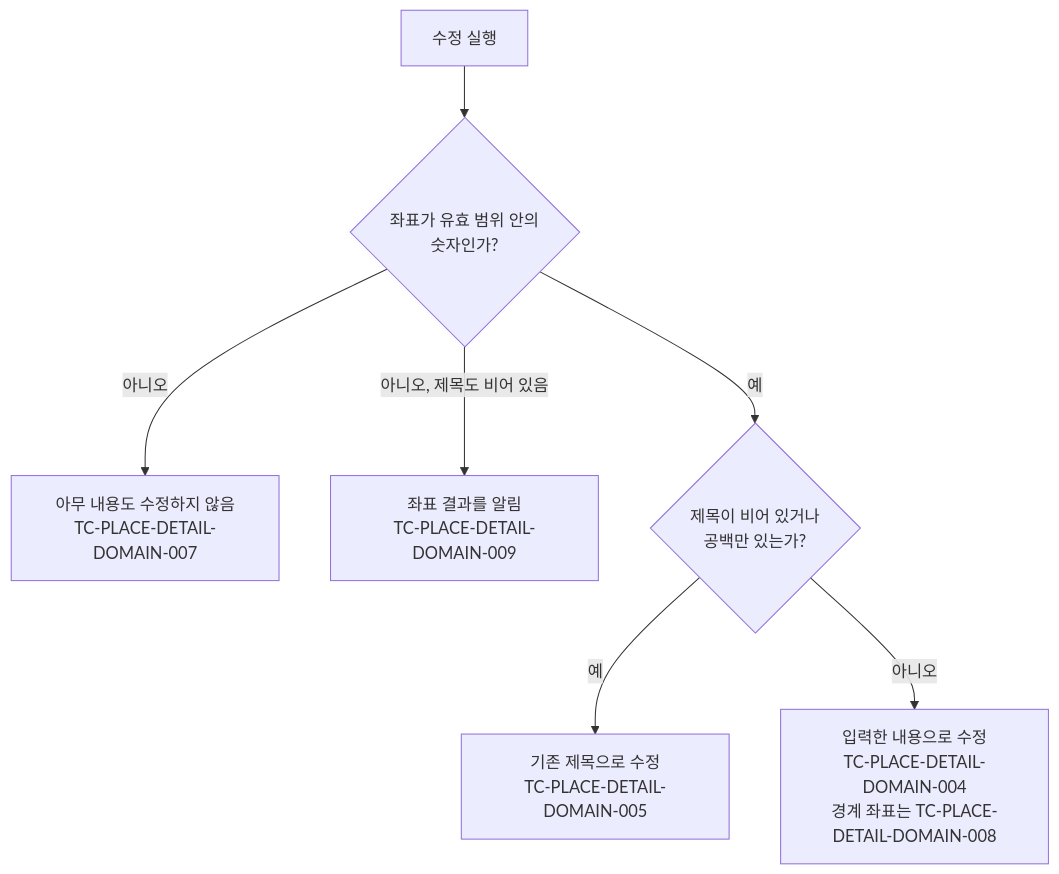
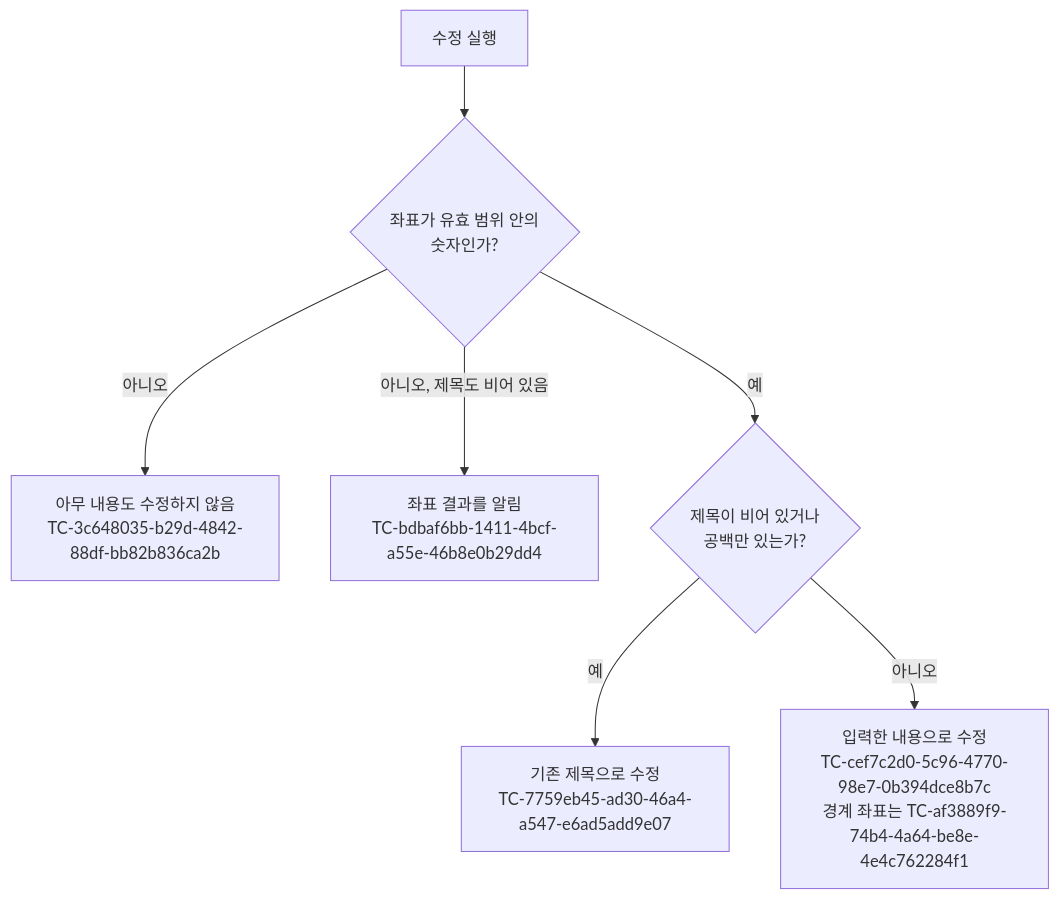
The diagram in docs/testcase/place-detail.md (taetae98coding/DiaryKMP), drawn with Mermaid before and after one commit. The commit also changed other lines of this file and 1177 other files, not shown here.

````diff
--- a/docs/testcase/place-detail.md
+++ b/docs/testcase/place-detail.md
@@ -550,9 +550,9 @@
 ```mermaid
 flowchart TD
     start["수정 실행"] --> coordinate{"좌표가 유효 범위 안의<br/>숫자인가?"}
-    coordinate -- 아니오 --> reject["아무 내용도 수정하지 않음<br/>TC-PLACE-DETAIL-DOMAIN-007"]
-    coordinate -- 아니오, 제목도 비어 있음 --> rejectBlank["좌표 결과를 알림<br/>TC-PLACE-DETAIL-DOMAIN-009"]
+    coordinate -- 아니오 --> reject["아무 내용도 수정하지 않음<br/>TC-3c648035-b29d-4842-88df-bb82b836ca2b"]
+    coordinate -- 아니오, 제목도 비어 있음 --> rejectBlank["좌표 결과를 알림<br/>TC-bdbaf6bb-1411-4bcf-a55e-46b8e0b29dd4"]
     coordinate -- 예 --> title{"제목이 비어 있거나<br/>공백만 있는가?"}
-    title -- 예 --> keep["기존 제목으로 수정<br/>TC-PLACE-DETAIL-DOMAIN-005"]
-    title -- 아니오 --> apply["입력한 내용으로 수정<br/>TC-PLACE-DETAIL-DOMAIN-004<br/>경계 좌표는 TC-PLACE-DETAIL-DOMAIN-008"]
+    title -- 예 --> keep["기존 제목으로 수정<br/>TC-7759eb45-ad30-46a4-a547-e6ad5add9e07"]
+    title -- 아니오 --> apply["입력한 내용으로 수정<br/>TC-cef7c2d0-5c96-4770-98e7-0b394dce8b7c<br/>경계 좌표는 TC-af3889f9-74b4-4a64-be8e-4e4c762284f1"]
 ```
````
